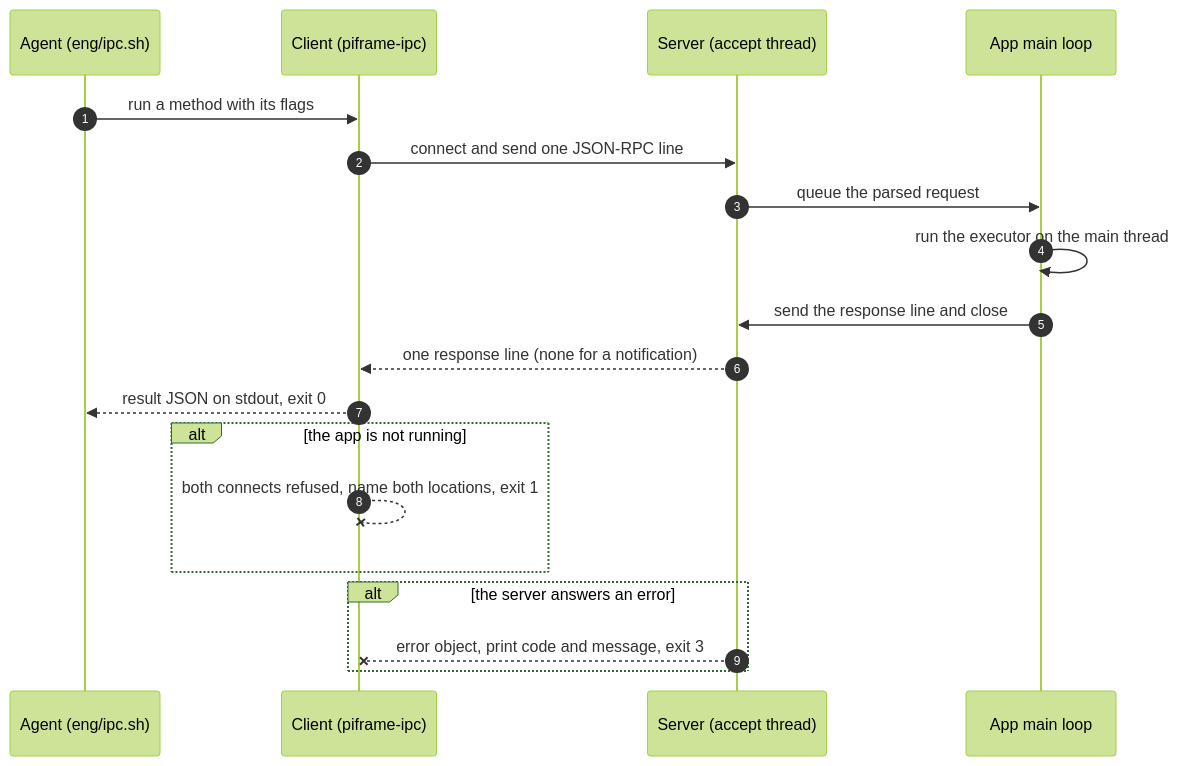
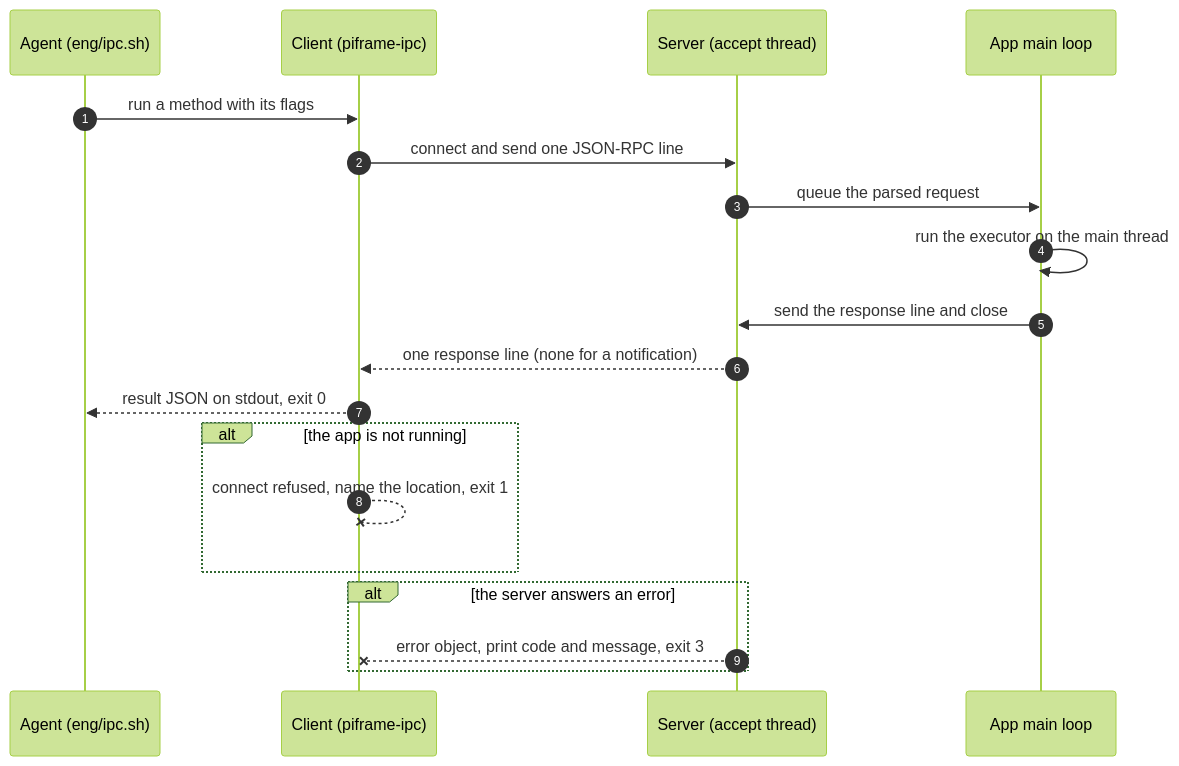
One commit to njurgens/digital-frame changed the first of 2 diagrams in docs/design/ipc-client.md. Above: the diagram before and after it, drawn with Mermaid (forest theme). The commit also changed other lines of this file and 3 other files, not shown here.

````diff
--- a/docs/design/ipc-client.md
+++ b/docs/design/ipc-client.md
@@ -149,21 +149,21 @@
 ```mermaid
 sequenceDiagram
   autonumber
   participant Ag as Agent (eng/ipc.sh)
   participant C as Client (piframe-ipc)
   participant S as Server (accept thread)
   participant A as App main loop
   Ag->>C: run a method with its flags
   C->>S: connect and send one JSON-RPC line
   S->>A: queue the parsed request
   A->>A: run the executor on the main thread
   A->>S: send the response line and close
   S-->>C: one response line (none for a notification)
   C-->>Ag: result JSON on stdout, exit 0
   alt the app is not running
-    C--xC: both connects refused, name both locations, exit 1
+    C--xC: connect refused, name the location, exit 1
   end
   alt the server answers an error
     S--xC: error object, print code and message, exit 3
   end
 ```
````
